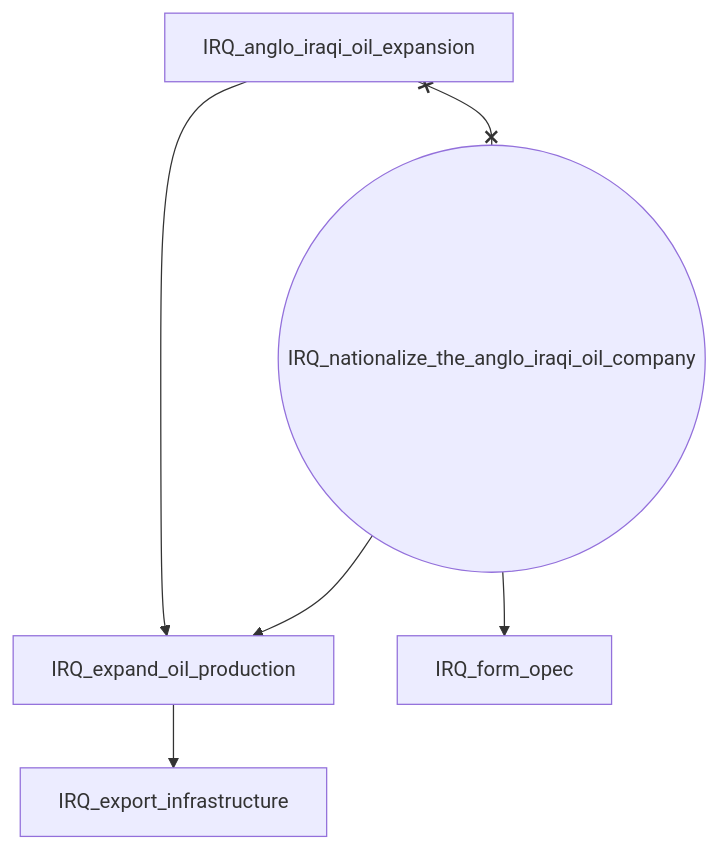
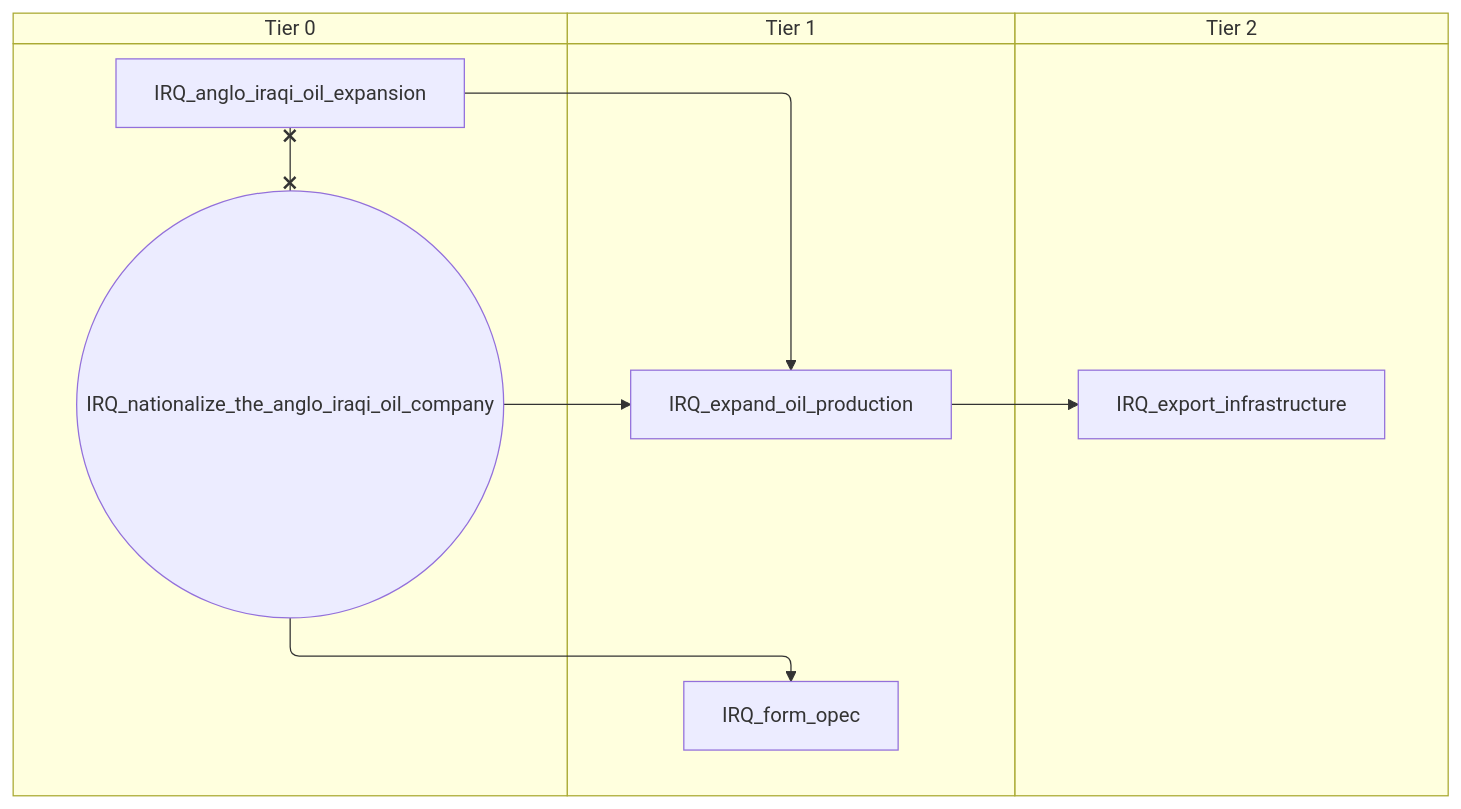
One commit to evgeny-sobol/hoi4-sandbox-mode-r56 changed the fourth of 6 diagrams in docs/gdd/National Focuses/r56/iraq.md. Above: the diagram before and after it, drawn with Mermaid. The commit also changed other lines of this file and 423 other files, not shown here.

First line of the commit message:
Re-export Rt56 focus trees as swimlane diagrams

````diff
--- a/docs/gdd/National Focuses/r56/iraq.md
+++ b/docs/gdd/National Focuses/r56/iraq.md
@@ -220,13 +256,19 @@
 ```mermaid
-flowchart TD
-    n1["IRQ_anglo_iraqi_oil_expansion"]
-    n3["IRQ_expand_oil_production"]
-    n4["IRQ_export_infrastructure"]
-    n89["IRQ_form_opec"]
-    n5(("IRQ_nationalize_the_anglo_iraqi_oil_company"))
-    n1 --> n3
-    n5 --> n3
-    n3 --> n4
-    n5 --> n89
-    n1 x--x n5
+swimlane-beta TD
+    subgraph tier_0["Tier 0"]
+        n1["IRQ_anglo_iraqi_oil_expansion"]
+        n2(("IRQ_nationalize_the_anglo_iraqi_oil_company"))
+    end
+    subgraph tier_1["Tier 1"]
+        n4["IRQ_expand_oil_production"]
+        n89["IRQ_form_opec"]
+    end
+    subgraph tier_2["Tier 2"]
+        n5["IRQ_export_infrastructure"]
+    end
+    n1 --> n4
+    n2 --> n4
+    n4 --> n5
+    n2 --> n89
+    n1 x--x n2
 ```
````
